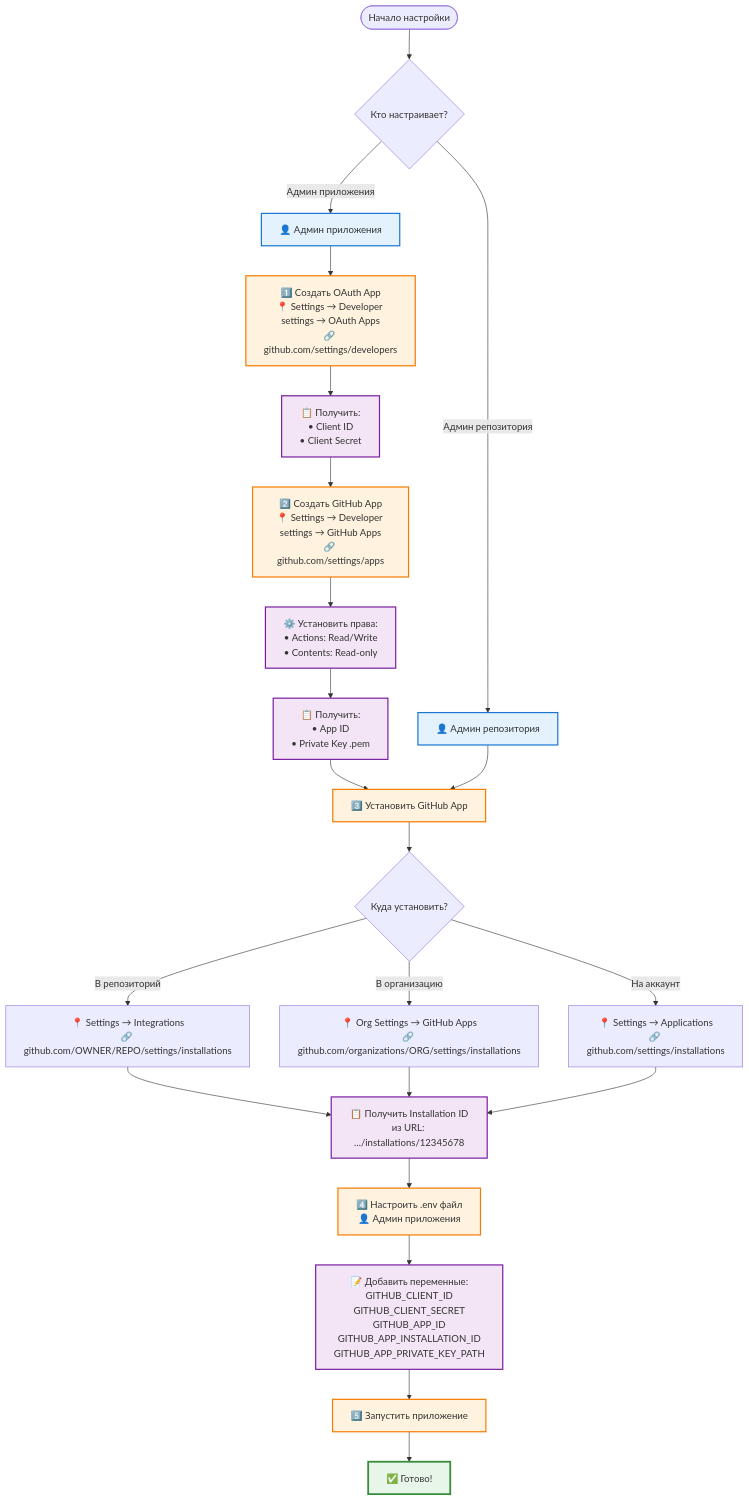
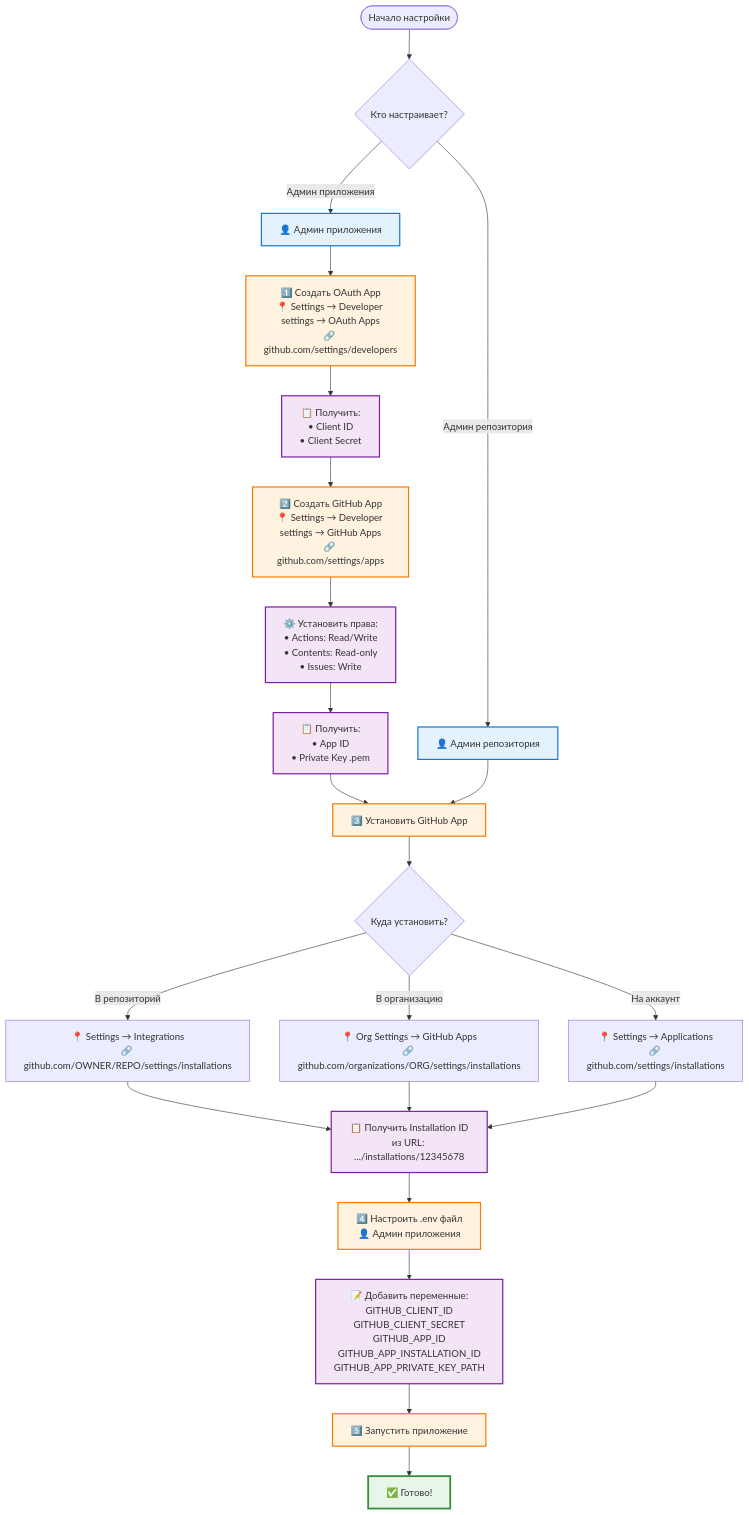
The third of 3 diagrams in README.md (ydb-platform/github_action_executor), drawn with Mermaid before and after one commit. The commit also changed other lines of this file and 1 other file, not shown here.

Commit message:
Update QUICKSTART and README with GitHub App permissions guidance
- Added detailed instructions for resolving the "Resource not accessible by integration" error in QUICKSTART.md, including steps to adjust GitHub App permissions.
- Updated README.md to include "Issues: Write" permission in the setup flowchart, clarifying requirements for creating comments in issues and pull requests.

````diff
--- a/README.md
+++ b/README.md
@@ -179,42 +179,42 @@
 ```mermaid
 flowchart TD
     Start([Начало настройки]) --> Who{Кто настраивает?}
     
     Who -->|Админ приложения| AdminApp[👤 Админ приложения]
     Who -->|Админ репозитория| AdminRepo[👤 Админ репозитория]
     
     AdminApp --> Step1[1️⃣ Создать OAuth App<br/>📍 Settings → Developer settings → OAuth Apps<br/>🔗 github.com/settings/developers]
     Step1 --> GetOAuth[📋 Получить:<br/>• Client ID<br/>• Client Secret]
     
     GetOAuth --> Step2[2️⃣ Создать GitHub App<br/>📍 Settings → Developer settings → GitHub Apps<br/>🔗 github.com/settings/apps]
-    Step2 --> SetPerms[⚙️ Установить права:<br/>• Actions: Read/Write<br/>• Contents: Read-only]
+    Step2 --> SetPerms[⚙️ Установить права:<br/>• Actions: Read/Write<br/>• Contents: Read-only<br/>• Issues: Write]
     SetPerms --> GetAppCreds[📋 Получить:<br/>• App ID<br/>• Private Key .pem]
     
     GetAppCreds --> Step3[3️⃣ Установить GitHub App]
     AdminRepo --> Step3
     
     Step3 --> Choose{Куда установить?}
     Choose -->|В репозиторий| Repo[📍 Settings → Integrations<br/>🔗 github.com/OWNER/REPO/settings/installations]
     Choose -->|В организацию| Org[📍 Org Settings → GitHub Apps<br/>🔗 github.com/organizations/ORG/settings/installations]
     Choose -->|На аккаунт| Account[📍 Settings → Applications<br/>🔗 github.com/settings/installations]
     
     Repo --> GetInstallID[📋 Получить Installation ID<br/>из URL: .../installations/12345678]
     Org --> GetInstallID
     Account --> GetInstallID
     
     GetInstallID --> Step4[4️⃣ Настроить .env файл<br/>👤 Админ приложения]
     Step4 --> EnvVars[📝 Добавить переменные:<br/>GITHUB_CLIENT_ID<br/>GITHUB_CLIENT_SECRET<br/>GITHUB_APP_ID<br/>GITHUB_APP_INSTALLATION_ID<br/>GITHUB_APP_PRIVATE_KEY_PATH]
     
     EnvVars --> Step5[5️⃣ Запустить приложение]
     Step5 --> Ready[✅ Готово!]
     
     classDef admin fill:#e3f2fd,stroke:#1976d2,stroke-width:2px
     classDef step fill:#fff3e0,stroke:#f57c00,stroke-width:2px
     classDef action fill:#f3e5f5,stroke:#7b1fa2,stroke-width:2px
     classDef success fill:#e8f5e9,stroke:#388e3c,stroke-width:3px
     
     class AdminApp,AdminRepo admin
     class Step1,Step2,Step3,Step4,Step5 step
     class GetOAuth,SetPerms,GetAppCreds,GetInstallID,EnvVars action
     class Ready success
 ```
````
